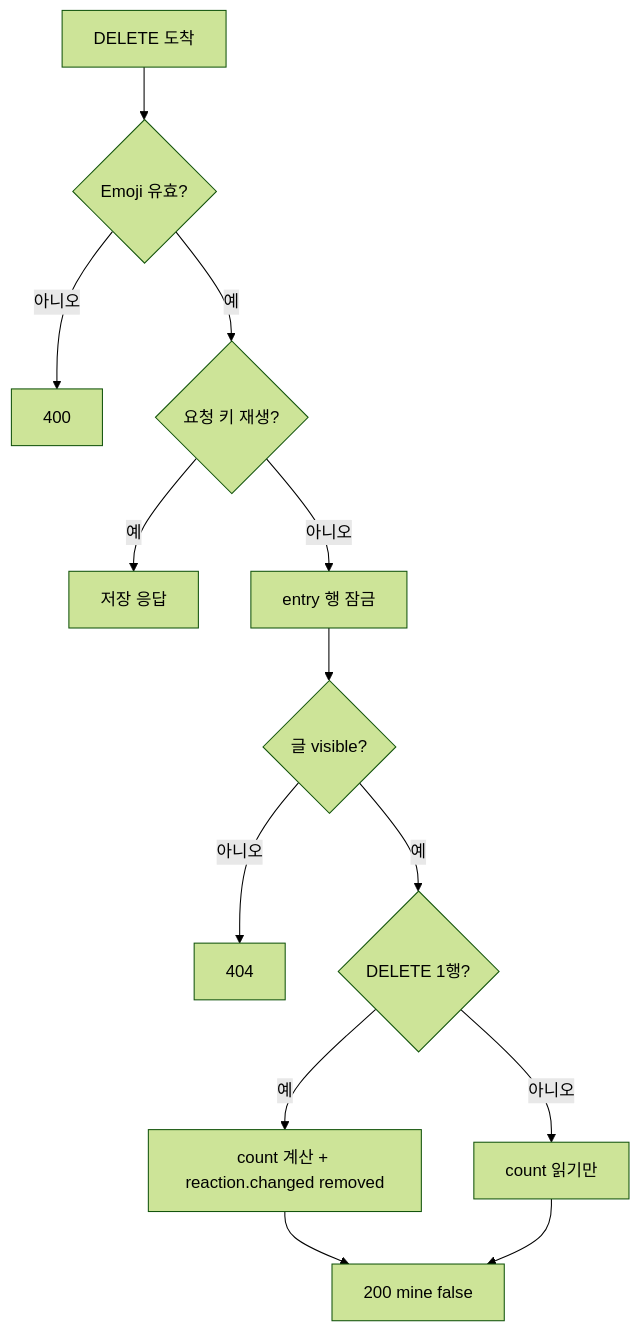
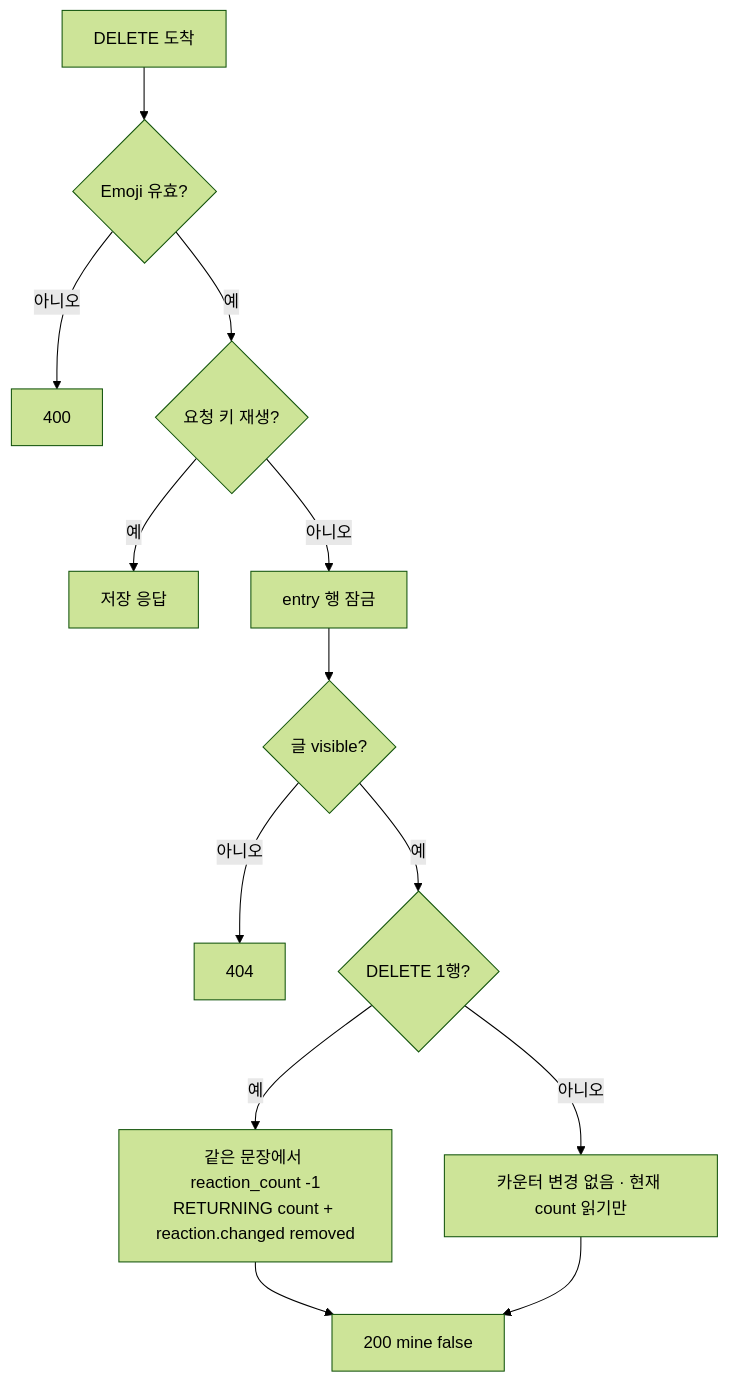
Before and after one commit to 1985jwlee/portpolio_backend: diagram 24 of 43 in docs/design/features/11-guestbook-write.md, drawn with Mermaid (forest theme). The commit also changed other lines of this file and 23 other files, not shown here.

````diff
--- a/docs/design/features/11-guestbook-write.md
+++ b/docs/design/features/11-guestbook-write.md
@@ -1269,15 +1347,15 @@
 ```mermaid
 flowchart TD
     A["DELETE 도착"] --> B{"Emoji 유효?"}
     B -- "아니오" --> E1["400"]
     B -- "예" --> C{"요청 키 재생?"}
     C -- "예" --> RP["저장 응답"]
     C -- "아니오" --> D["entry 행 잠금"]
     D --> F{"글 visible?"}
     F -- "아니오" --> E2["404"]
     F -- "예" --> G{"DELETE 1행?"}
-    G -- "예" --> H["count 계산 + reaction.changed removed"]
-    G -- "아니오" --> I["count 읽기만"]
+    G -- "예" --> H["같은 문장에서 reaction_count -1<br/>RETURNING count + reaction.changed removed"]
+    G -- "아니오" --> I["카운터 변경 없음 · 현재 count 읽기만"]
     H --> OK["200 mine false"]
     I --> OK
 ```
````
